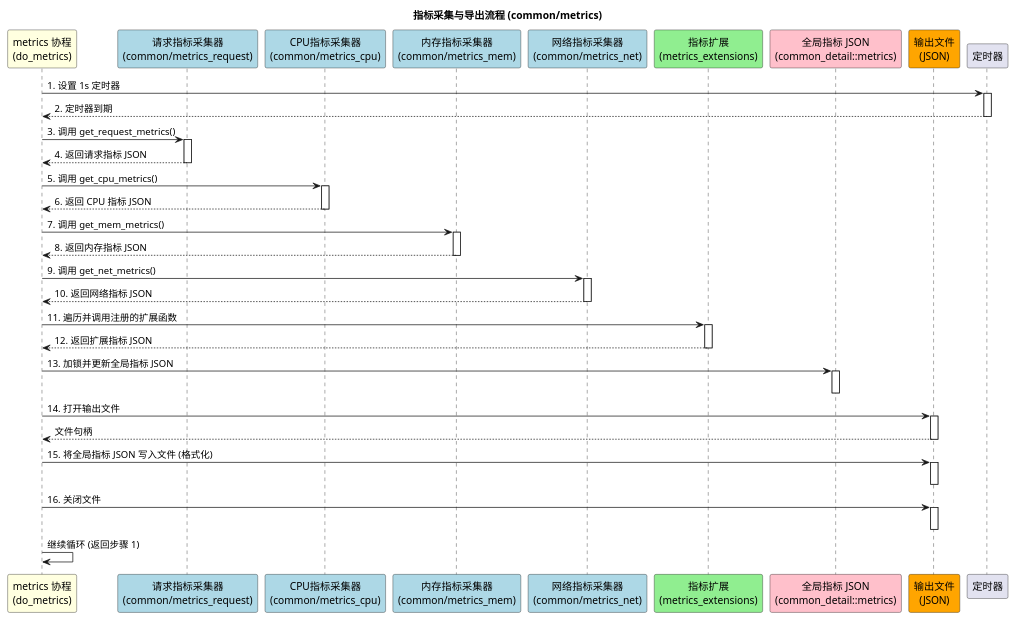
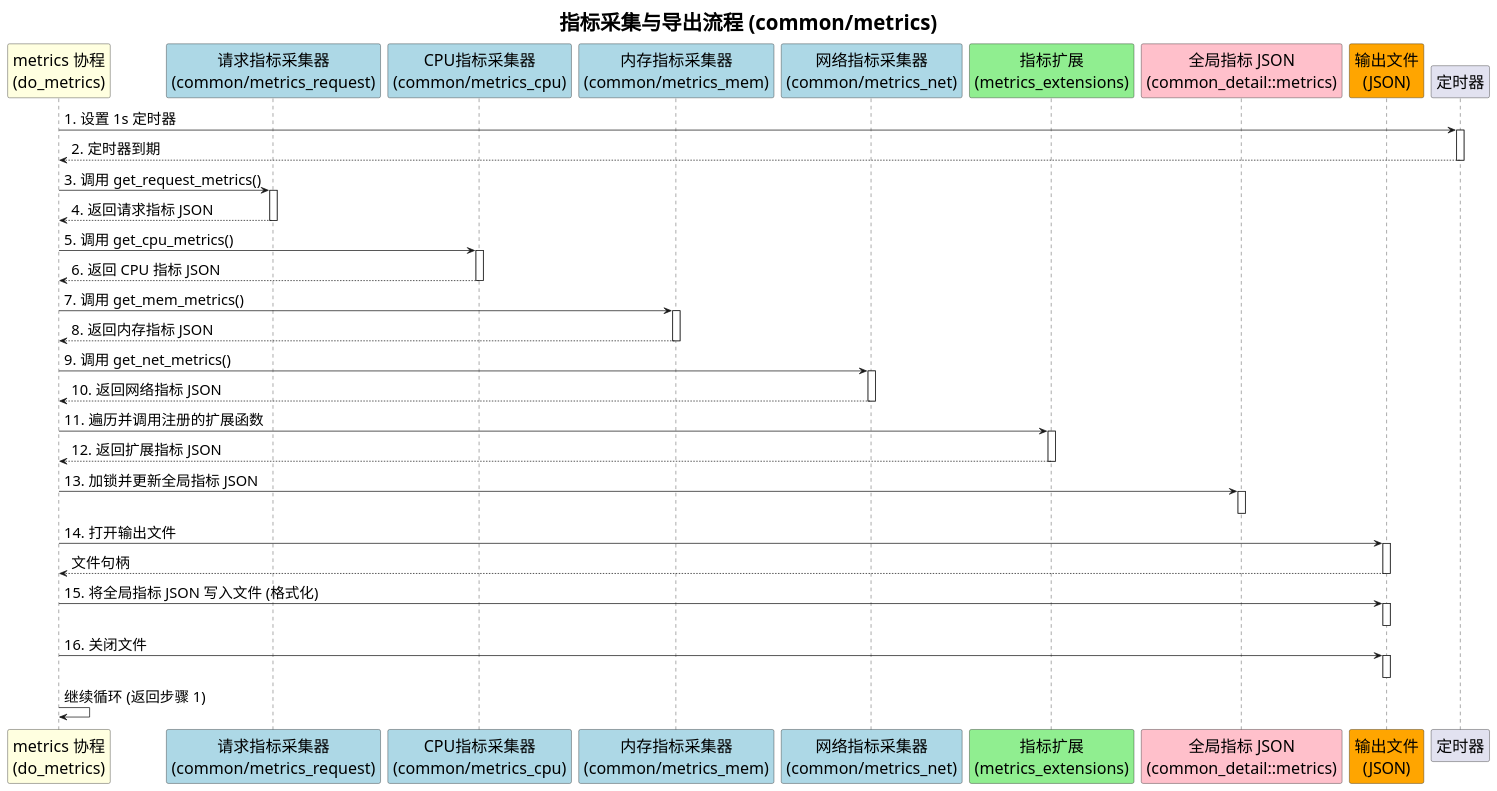
One commit to errlst/dfs changed the second of 2 diagrams in doc/puml/监控.puml. Above: the diagram before and after it, drawn with PlantUML. The commit also changed other lines of this file and 6 other files, not shown here.

```diff
--- a/doc/puml/监控.puml
+++ b/doc/puml/监控.puml
@@ -44,64 +45,68 @@
 @startuml
+skinparam TitleFontSize 28
+skinparam ParticipantFontSize 22
+skinparam ArrowFontSize 20
+skinparam BoxFontSize 20 ' In case there are any implicit boxes or frames
 
 title 指标采集与导出流程 (common/metrics)
 
 participant "metrics 协程\n(do_metrics)" as MetricAggregator #LightYellow
 participant "请求指标采集器\n(common/metrics_request)" as RequestCollector #lightblue
 participant "CPU指标采集器\n(common/metrics_cpu)" as CPUCollector #lightblue
 participant "内存指标采集器\n(common/metrics_mem)" as MemCollector #lightblue
 participant "网络指标采集器\n(common/metrics_net)" as NetCollector #lightblue
 participant "指标扩展\n(metrics_extensions)" as Extensions #LightGreen
 participant "全局指标 JSON\n(common_detail::metrics)" as GlobalMetrics #Pink
 participant "输出文件\n(JSON)" as OutFile #orange
 participant "定时器" as Timer
 
 MetricAggregator -> Timer : 1. 设置 1s 定时器
 activate Timer
 Timer --> MetricAggregator : 2. 定时器到期
 deactivate Timer
 
 MetricAggregator -> RequestCollector : 3. 调用 get_request_metrics()
 activate RequestCollector
 RequestCollector --> MetricAggregator : 4. 返回请求指标 JSON
 deactivate RequestCollector
 
 MetricAggregator -> CPUCollector : 5. 调用 get_cpu_metrics()
 activate CPUCollector
 CPUCollector --> MetricAggregator : 6. 返回 CPU 指标 JSON
 deactivate CPUCollector
 
 MetricAggregator -> MemCollector : 7. 调用 get_mem_metrics()
 activate MemCollector
 MemCollector --> MetricAggregator : 8. 返回内存指标 JSON
 deactivate MemCollector
 
 MetricAggregator -> NetCollector : 9. 调用 get_net_metrics()
 activate NetCollector
 NetCollector --> MetricAggregator : 10. 返回网络指标 JSON
 deactivate NetCollector
 
 MetricAggregator -> Extensions : 11. 遍历并调用注册的扩展函数
 activate Extensions
 Extensions --> MetricAggregator : 12. 返回扩展指标 JSON
 deactivate Extensions
 
 MetricAggregator -> GlobalMetrics : 13. 加锁并更新全局指标 JSON
 activate GlobalMetrics
 deactivate GlobalMetrics
 
 MetricAggregator -> OutFile : 14. 打开输出文件
 activate OutFile
 OutFile --> MetricAggregator : 文件句柄
 deactivate OutFile
 
 MetricAggregator -> OutFile : 15. 将全局指标 JSON 写入文件 (格式化)
 activate OutFile
 deactivate OutFile
 
 MetricAggregator -> OutFile : 16. 关闭文件
 activate OutFile
 deactivate OutFile
 
 MetricAggregator -> MetricAggregator : 继续循环 (返回步骤 1)
 
 @enduml
```
